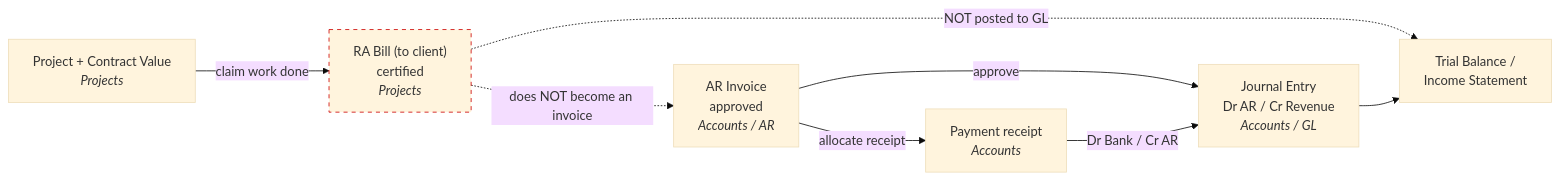
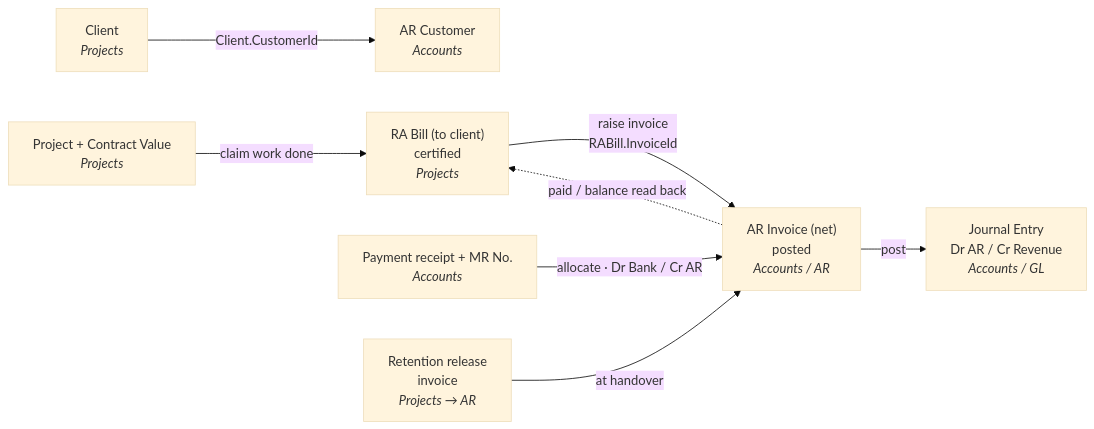
Before and after one commit to golamhabibpalash/uOrgHub: the second of 3 diagrams in BUSINESS_FLOW.md, drawn with Mermaid (base theme). The commit also changed other lines of this file and 26 other files, not shown here.

````diff
--- a/BUSINESS_FLOW.md
+++ b/BUSINESS_FLOW.md
@@ -110,20 +109,19 @@
 ```mermaid
 flowchart LR
+    CL["Client<br/><i>Projects</i>"]
+    CU["AR Customer<br/><i>Accounts</i>"]
     PRJ["Project + Contract Value<br/><i>Projects</i>"]
     RA["RA Bill (to client)<br/>certified<br/><i>Projects</i>"]
-    INV["AR Invoice<br/>approved<br/><i>Accounts / AR</i>"]
+    INV["AR Invoice (net)<br/>posted<br/><i>Accounts / AR</i>"]
     JE["Journal Entry<br/>Dr AR / Cr Revenue<br/><i>Accounts / GL</i>"]
-    PAY["Payment receipt<br/><i>Accounts</i>"]
-    GL["Trial Balance /<br/>Income Statement"]
+    PAY["Payment receipt + MR No.<br/><i>Accounts</i>"]
+    RET["Retention release<br/>invoice<br/><i>Projects → AR</i>"]
 
+    CL -->|Client.CustomerId| CU
     PRJ -->|claim work done| RA
-    RA -.->|NOT posted to GL| GL
-    RA -.->|does NOT become an invoice| INV
-    INV -->|approve| JE
-    INV -->|allocate receipt| PAY
-    PAY -->|Dr Bank / Cr AR| JE
-    JE --> GL
-
-    classDef gap stroke-dasharray:5 5,stroke:#c00;
-    class RA gap;
+    RA -->|raise invoice<br/>RABill.InvoiceId| INV
+    RET -->|at handover| INV
+    INV -->|post| JE
+    PAY -->|allocate · Dr Bank / Cr AR| INV
+    INV -.->|paid / balance read back| RA
 ```
````
